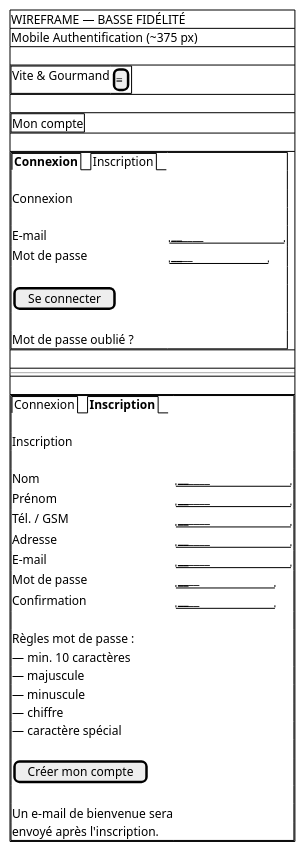
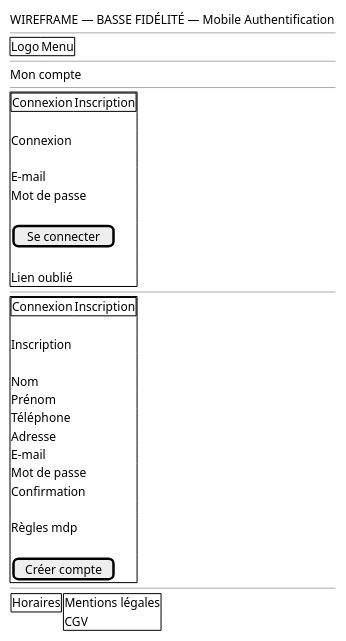
One commit to Meldince6790/vite-et-gourmand changed the diagram in docs/wireframes/wireframe-mobile-authentification.puml. Above: the diagram before and after it, drawn with PlantUML. The commit also changed 11 other files, not shown here.

```diff
--- a/docs/wireframes/wireframe-mobile-authentification.puml
+++ b/docs/wireframes/wireframe-mobile-authentification.puml
@@ -1,59 +1,60 @@
 @startsalt
-' WIREFRAME — BASSE FIDÉLITÉ
-' Mobile Authentification — ~375 px (indicatif)
+skinparam backgroundColor #FFFFFF
+skinparam defaultFontColor #000000
+skinparam shadowing false
+' WIREFRAME — BASSE FIDÉLITÉ — Mobile Authentification (blocs fonctionnels)
 {
-{#
-WIREFRAME — BASSE FIDÉLITÉ
-Mobile Authentification (~375 px)
-.
+WIREFRAME — BASSE FIDÉLITÉ — Mobile Authentification
+----
 {+
-Vite & Gourmand | [≡]
+Logo | Menu
 }
-.
+----
+Mon compte
+----
 {+
-Mon compte
+{+
+Connexion | Inscription
 }
-.
-{+
-{/ <b>Connexion | Inscription }
 .
 Connexion
 .
-E-mail       | "______________"
-Mot de passe | "____________"
+E-mail
+Mot de passe
 .
 [Se connecter]
 .
-Mot de passe oublié ?
+Lien oublié
 }
-.
 ----
-.
 {+
-{/ Connexion | <b>Inscription }
+{+
+Connexion | Inscription
+}
 .
 Inscription
 .
-Nom          | "______________"
-Prénom       | "______________"
-Tél. / GSM   | "______________"
-Adresse      | "______________"
-E-mail       | "______________"
-Mot de passe | "____________"
-Confirmation | "____________"
+Nom
+Prénom
+Téléphone
+Adresse
+E-mail
+Mot de passe
+Confirmation
 .
-Règles mot de passe :
-— min. 10 caractères
-— majuscule
-— minuscule
-— chiffre
-— caractère spécial
+Règles mdp
 .
-[Créer mon compte]
-.
-Un e-mail de bienvenue sera
-envoyé après l'inscription.
+[Créer compte]
+}
+----
+{
+{+
+Horaires
+} |
+{+
+Mentions légales
+CGV
 }
 }
 }
 @endsalt
```
